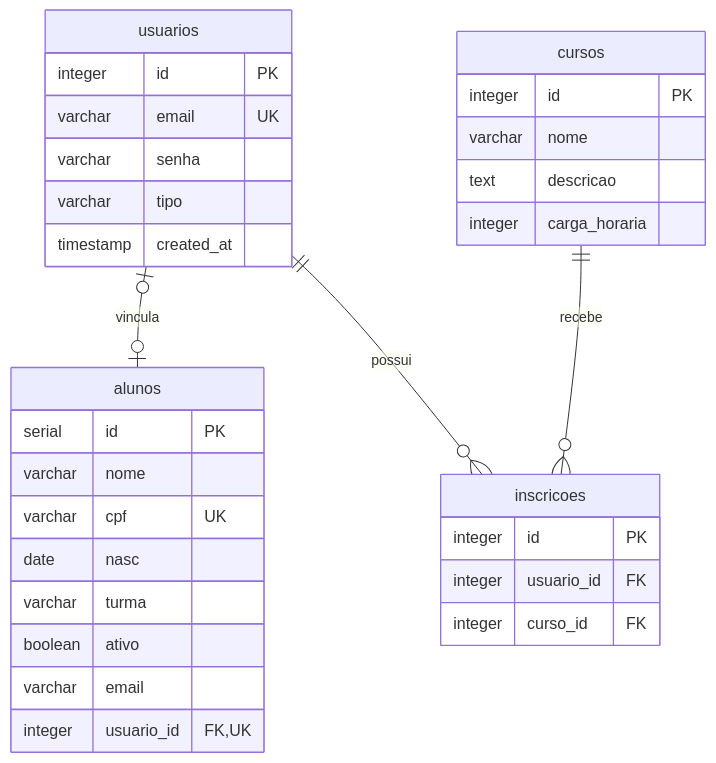
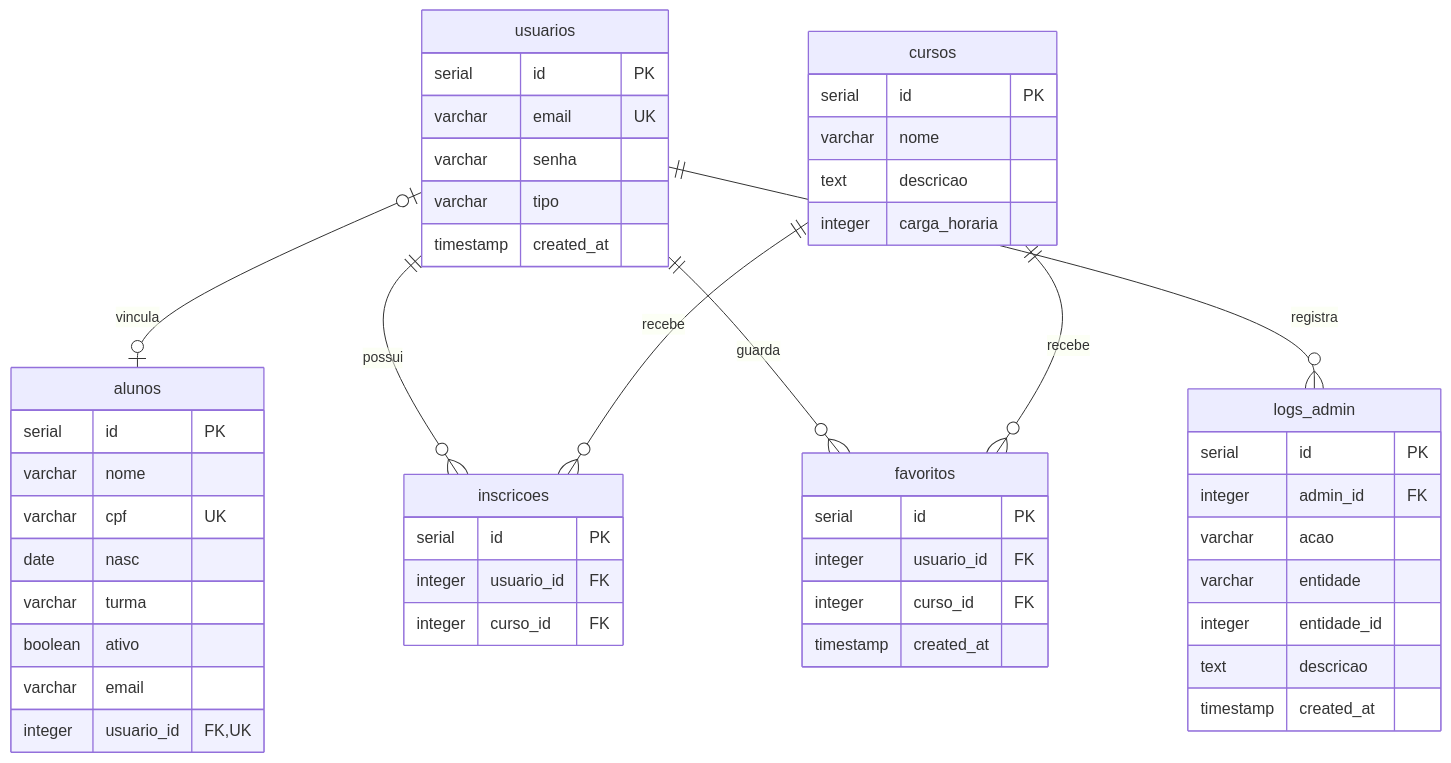
Before and after one commit to Matheus-Talasso-Gil/Impulsos-Cursos: the first of 21 diagrams in diagrama.md, drawn with Mermaid. The commit also changed other lines of this file and 1 other file, not shown here.

Commit message:
Atualizando o diagrama e criando o product backlog

````diff
--- a/diagrama.md
+++ b/diagrama.md
@@ -9,34 +13,52 @@
 ```mermaid
 erDiagram
     alunos {
         serial id PK
         varchar nome
         varchar cpf UK
         date nasc
         varchar turma
         boolean ativo
         varchar email
         integer usuario_id FK,UK
     }
     usuarios o|--o| alunos : vincula
     usuarios ||--o{ inscricoes : possui
     cursos ||--o{ inscricoes : recebe
     usuarios {
-        integer id PK
+        serial id PK
         varchar email UK
         varchar senha
         varchar tipo
         timestamp created_at
     }
     cursos {
-        integer id PK
+        serial id PK
         varchar nome
         text descricao
         integer carga_horaria
     }
     inscricoes {
-        integer id PK
+        serial id PK
         integer usuario_id FK
         integer curso_id FK
     }
+    usuarios ||--o{ favoritos : guarda
+    cursos ||--o{ favoritos : recebe
+    usuarios ||--o{ logs_admin : registra
+    favoritos {
+        serial id PK
+        integer usuario_id FK
+        integer curso_id FK
+        timestamp created_at
+    }
+    logs_admin {
+        serial id PK
+        integer admin_id FK
+        varchar acao
+        varchar entidade
+        integer entidade_id
+        text descricao
+        timestamp created_at
+    }
 ```
````
